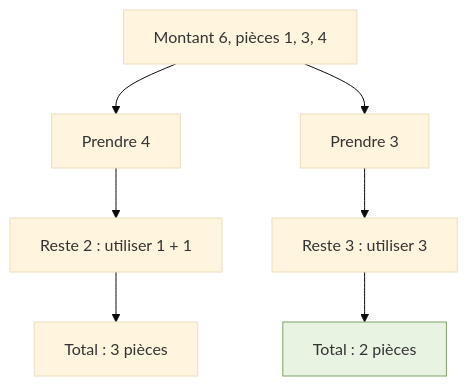
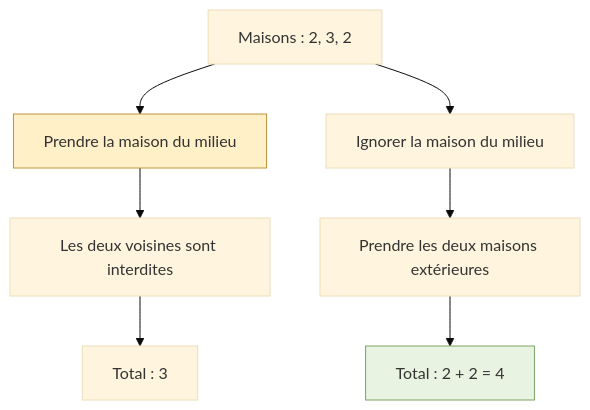
Before and after one commit to yannpassy/prepa_algo_odoo: the tenth of 10 diagrams in Dynamic_Programming/Programmation_dynamique.md, drawn with Mermaid (base theme). The commit also changed other lines of this file, not shown here.

````diff
--- a/Dynamic_Programming/Programmation_dynamique.md
+++ b/Dynamic_Programming/Programmation_dynamique.md
@@ -770,10 +530,11 @@
 ```mermaid
 flowchart TD
-    A["Montant 6, pièces 1, 3, 4"] --> B["Prendre 4"]
-    A --> C["Prendre 3"]
-    B --> D["Reste 2 : utiliser 1 + 1"]
-    C --> E["Reste 3 : utiliser 3"]
-    D --> F["Total : 3 pièces"]
-    E --> G["Total : 2 pièces"]
+    A["Maisons : 2, 3, 2"] --> B["Prendre la maison du milieu"]
+    A --> C["Ignorer la maison du milieu"]
+    B --> D["Les deux voisines sont interdites"]
+    C --> E["Prendre les deux maisons extérieures"]
+    D --> F["Total : 3"]
+    E --> G["Total : 2 + 2 = 4"]
+    style B fill:#fff0c8,stroke:#bc943b
     style G fill:#e9f3e1,stroke:#7da465
 ```
````
